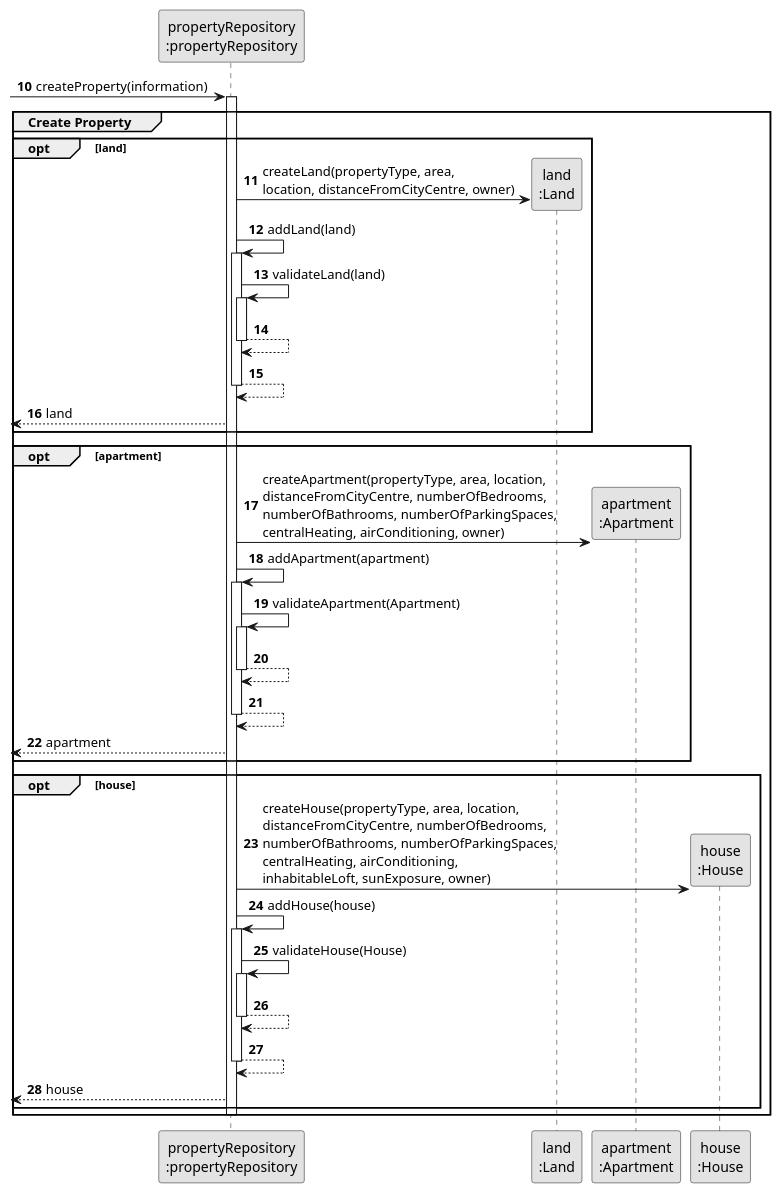
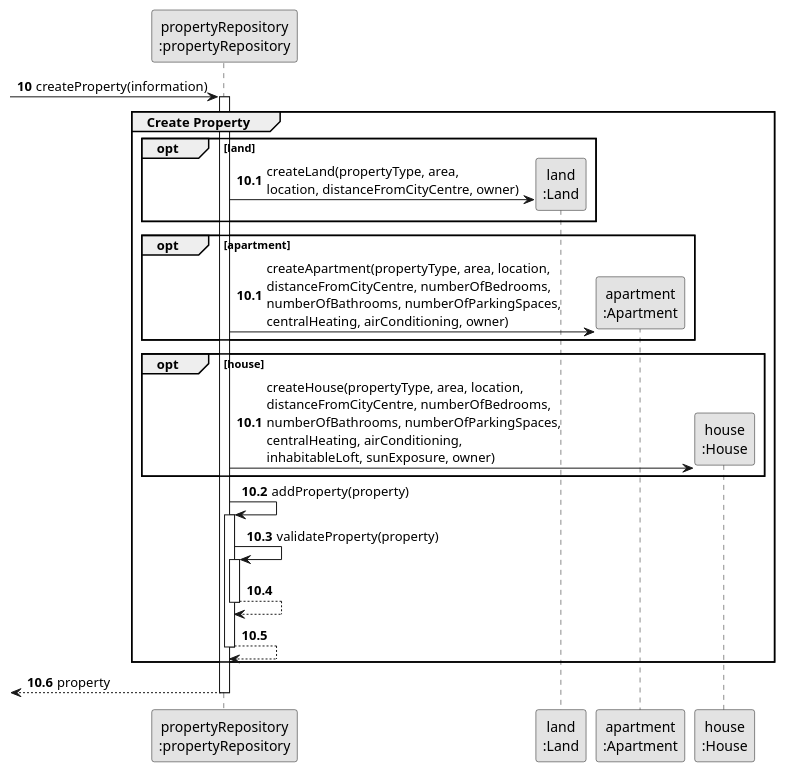
The diagram in docs/Sprint-C/US012/03.design/puml/us012-sequence-diagram-partial-create-property.puml (Rodrick0209/ISEP-LAPR2-22-23), drawn with PlantUML before and after one commit. The commit also changed 111 other files, not shown here.

```diff
--- a/docs/Sprint-C/US012/03.design/puml/us012-sequence-diagram-partial-create-property.puml
+++ b/docs/Sprint-C/US012/03.design/puml/us012-sequence-diagram-partial-create-property.puml
@@ -1,63 +1,44 @@
 @startuml
 skinparam monochrome true
 skinparam packageStyle rectangle
 skinparam shadowing false
 
 participant "propertyRepository\n:propertyRepository" as PropertyRepository
 participant "land\n:Land" as Land
 participant "apartment\n:Apartment" as Apartment
 participant "house\n:House" as House
 
 autonumber 10
 -> PropertyRepository : createProperty(information)
 group Create Property
 activate PropertyRepository
+autonumber 10.1
 opt land
    PropertyRepository -> Land**: createLand(propertyType, area, \nlocation, distanceFromCityCentre, owner)
-               PropertyRepository -> PropertyRepository: addLand(land)
-               deactivate Land
-           activate PropertyRepository
-               PropertyRepository -> PropertyRepository: validateLand(land)
-               activate PropertyRepository
-                   PropertyRepository --> PropertyRepository
-               deactivate PropertyRepository
 
-               PropertyRepository --> PropertyRepository
-           deactivate PropertyRepository
-
-    <-- PropertyRepository : land
+    autonumber 10.1
     end
     opt apartment
     PropertyRepository -> Apartment**: createApartment(propertyType, area, location, \ndistanceFromCityCentre, numberOfBedrooms, \nnumberOfBathrooms, numberOfParkingSpaces, \ncentralHeating, airConditioning, owner)
-                   PropertyRepository -> PropertyRepository: addApartment(apartment)
-                   deactivate Apartment
-               activate PropertyRepository
-                   PropertyRepository -> PropertyRepository: validateApartment(Apartment)
-                   activate PropertyRepository
-                       PropertyRepository --> PropertyRepository
-                   deactivate PropertyRepository
-
-                   PropertyRepository --> PropertyRepository
-               deactivate PropertyRepository
-
-        <-- PropertyRepository : apartment
     end
 
+    autonumber 10.1
     opt house
         PropertyRepository -> House**: createHouse(propertyType, area, location, \ndistanceFromCityCentre, numberOfBedrooms, \nnumberOfBathrooms, numberOfParkingSpaces, \ncentralHeating, airConditioning, \ninhabitableLoft, sunExposure, owner)
-                       PropertyRepository -> PropertyRepository: addHouse(house)
-                       deactivate House
-                   activate PropertyRepository
-                       PropertyRepository -> PropertyRepository: validateHouse(House)
-                       activate PropertyRepository
-                           PropertyRepository --> PropertyRepository
-                       deactivate PropertyRepository
+    end
 
-                       PropertyRepository --> PropertyRepository
-                   deactivate PropertyRepository
+        PropertyRepository -> PropertyRepository: addProperty(property)
+        activate PropertyRepository
+            PropertyRepository -> PropertyRepository: validateProperty(property)
+            activate PropertyRepository
 
-            <-- PropertyRepository : house
+            PropertyRepository --> PropertyRepository
+            deactivate PropertyRepository
+
+        PropertyRepository --> PropertyRepository
+        deactivate PropertyRepository
+
     end
+        <-- PropertyRepository : property
     deactivate PropertyRepository
-end
 @enduml
```
